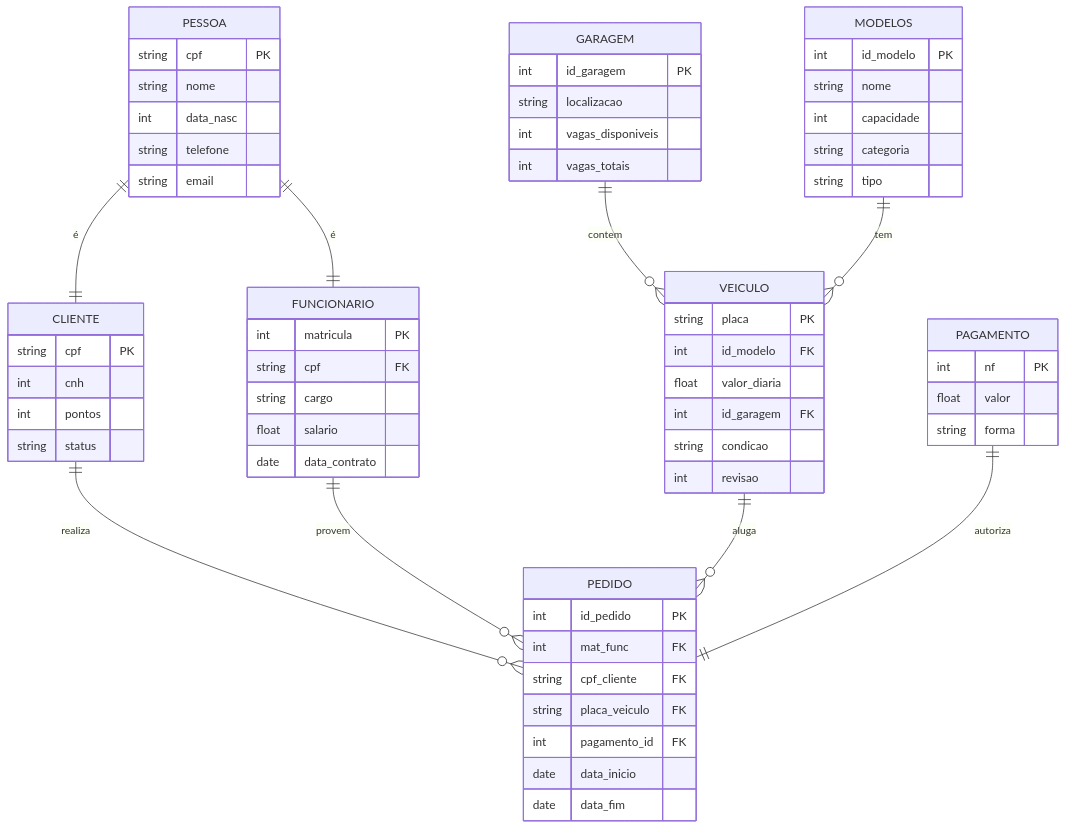
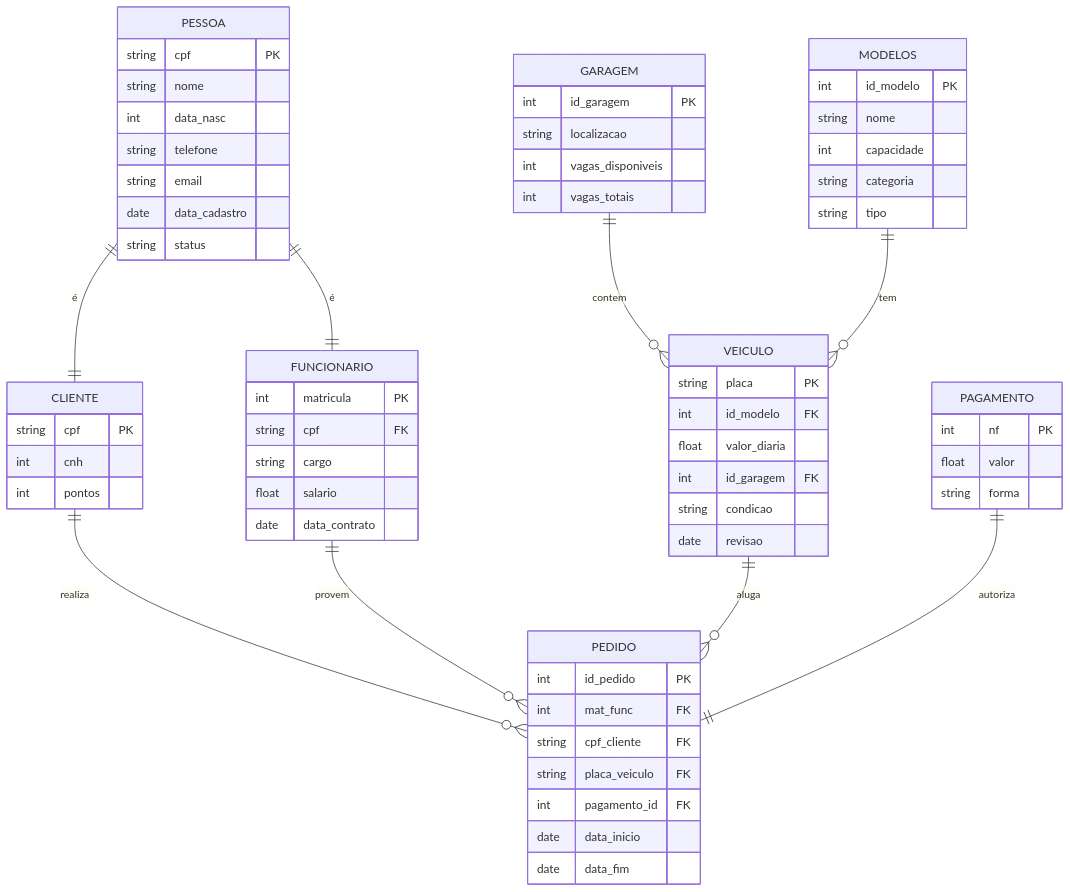
The diagram in README.md (pedro-tsa/alucar), drawn with Mermaid before and after one commit.

Commit message:
Add data_cadastro and status to CLIENTE structure

````diff
--- a/README.md
+++ b/README.md
@@ -3,78 +3,79 @@
 ```mermaid
     erDiagram
 
 PESSOA {
     string cpf PK
     string nome
     int data_nasc
     string telefone
     string email
+    date data_cadastro
+    string status
 }
 
 CLIENTE {
     string cpf PK
     int cnh
     int pontos
-    string status
 }
 
 FUNCIONARIO {
     int matricula PK
     string cpf FK
     string cargo
     float salario
     date data_contrato
 }
 
 VEICULO {
     string placa PK
     int id_modelo FK
     float valor_diaria
     int id_garagem FK
     string condicao
-    int revisao
+    date revisao
 }
 
 MODELOS {
     int id_modelo PK
     string nome
     int capacidade
     string categoria
     string tipo
 }
 
 GARAGEM {
     int id_garagem PK
     string localizacao
     int vagas_disponiveis
     int vagas_totais
 }
 
 PAGAMENTO {
     int nf PK
     float valor
     string forma
 }
 
 PEDIDO {
     int id_pedido PK
     int mat_func FK
     string cpf_cliente FK
     string placa_veiculo FK
     int pagamento_id FK
     date data_inicio
     date data_fim
 }
 PESSOA ||--|| CLIENTE : "é"
 PESSOA ||--|| FUNCIONARIO : "é"
 
 GARAGEM ||--o{ VEICULO : contem
 MODELOS ||--o{ VEICULO : tem
 
 CLIENTE ||--o{ PEDIDO : realiza
 FUNCIONARIO ||--o{ PEDIDO : provem
 VEICULO ||--o{ PEDIDO : aluga
 
 PAGAMENTO ||--|| PEDIDO : autoriza
 
 ```
````
